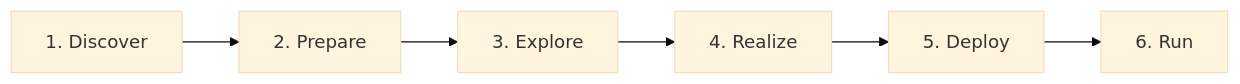
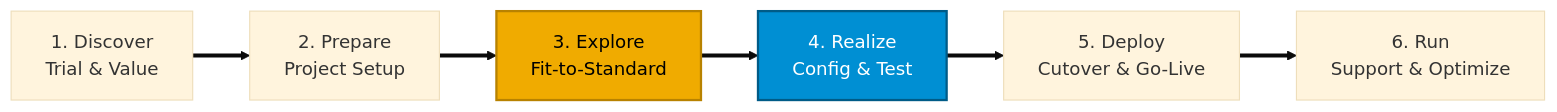
One commit to islamnassar13/S4HANA-FICO-End2End-Implementation-Hub changed the eighth of 12 diagrams in s4hana-evolution-and-architecture.md. Above: the diagram before and after it, drawn with Mermaid (base theme). The commit also changed other lines of this file, not shown here.

````diff
--- a/s4hana-evolution-and-architecture.md
+++ b/s4hana-evolution-and-architecture.md
@@ -262,8 +386,11 @@
 ```mermaid
 flowchart LR
-    M1["1. Discover"] --> M2["2. Prepare"]
-    M2 --> M3["3. Explore"]
-    M3 --> M4["4. Realize"]
-    M4 --> M5["5. Deploy"]
-    M5 --> M6["6. Run"]
+    P1["1. Discover<br>Trial & Value"] ==> P2["2. Prepare<br>Project Setup"]
+    P2 ==> P3["3. Explore<br>Fit-to-Standard"]
+    P3 ==> P4["4. Realize<br>Config & Test"]
+    P4 ==> P5["5. Deploy<br>Cutover & Go-Live"]
+    P5 ==> P6["6. Run<br>Support & Optimize"]
+
+    style P3 fill:#F0AB00,color:#000,stroke:#b88200,stroke-width:2px
+    style P4 fill:#008FD3,color:#fff,stroke:#005b87,stroke-width:2px
 ```
````
